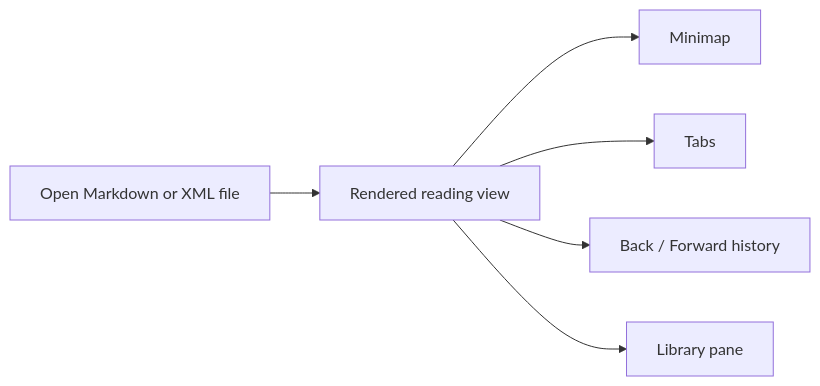
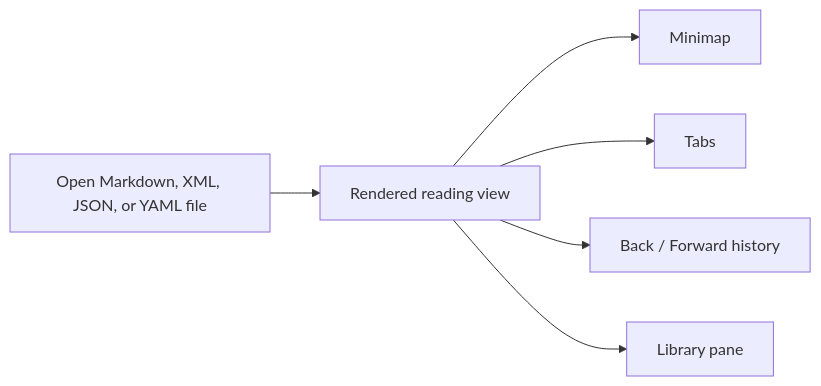
Before and after one commit to ryanallen/leaftext: the diagram in docs/01-introduction.md, drawn with Mermaid. The commit also changed other lines of this file and 33 other files, not shown here.

First line of the commit message:
Render JSON and YAML documents, and drop the unmaintained yaml-rust

````diff
--- a/docs/01-introduction.md
+++ b/docs/01-introduction.md
@@ -34,8 +37,8 @@
 ```mermaid
 flowchart LR
-    A[Open Markdown or XML file] --> B[Rendered reading view]
+    A[Open Markdown, XML, JSON, or YAML file] --> B[Rendered reading view]
     B --> C[Minimap]
     B --> D[Tabs]
     B --> E[Back / Forward history]
     B --> F[Library pane]
 ```
````
